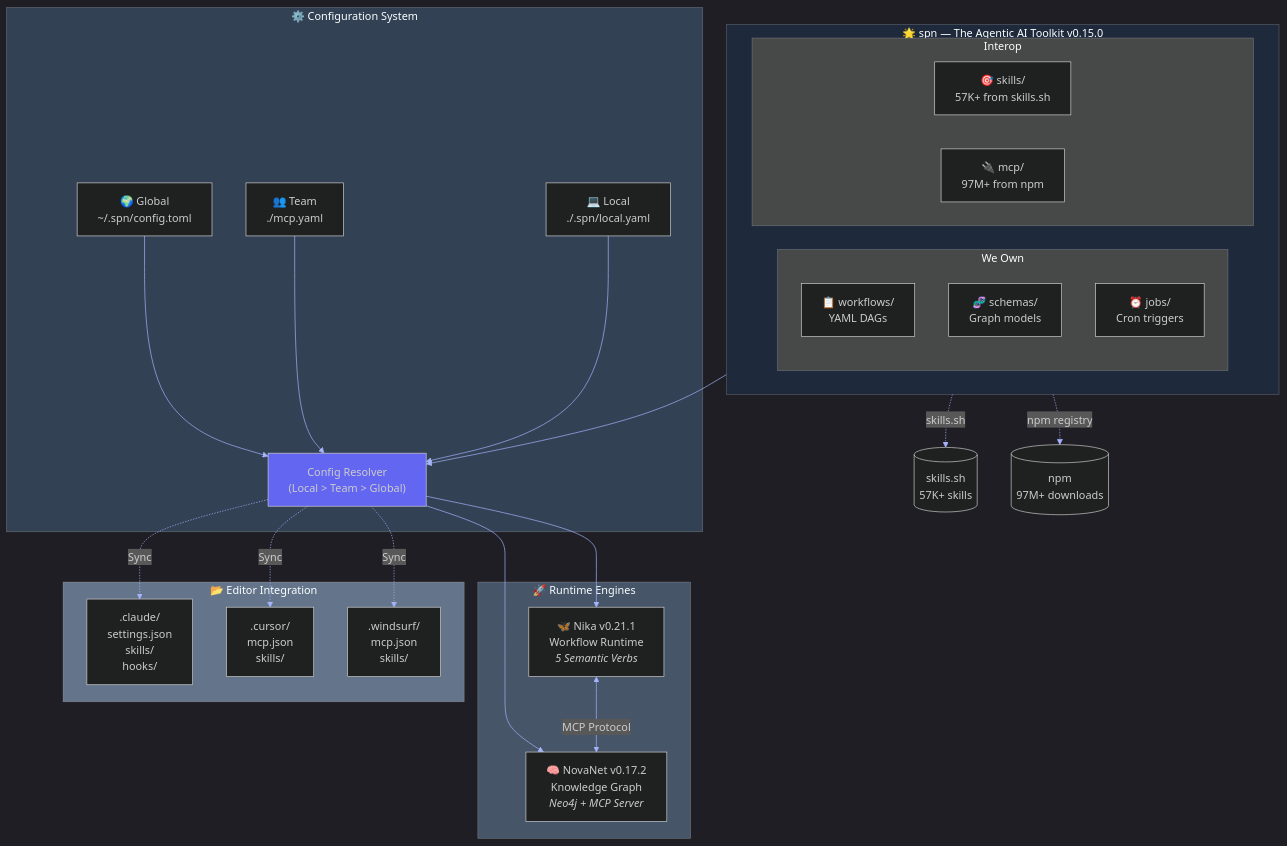
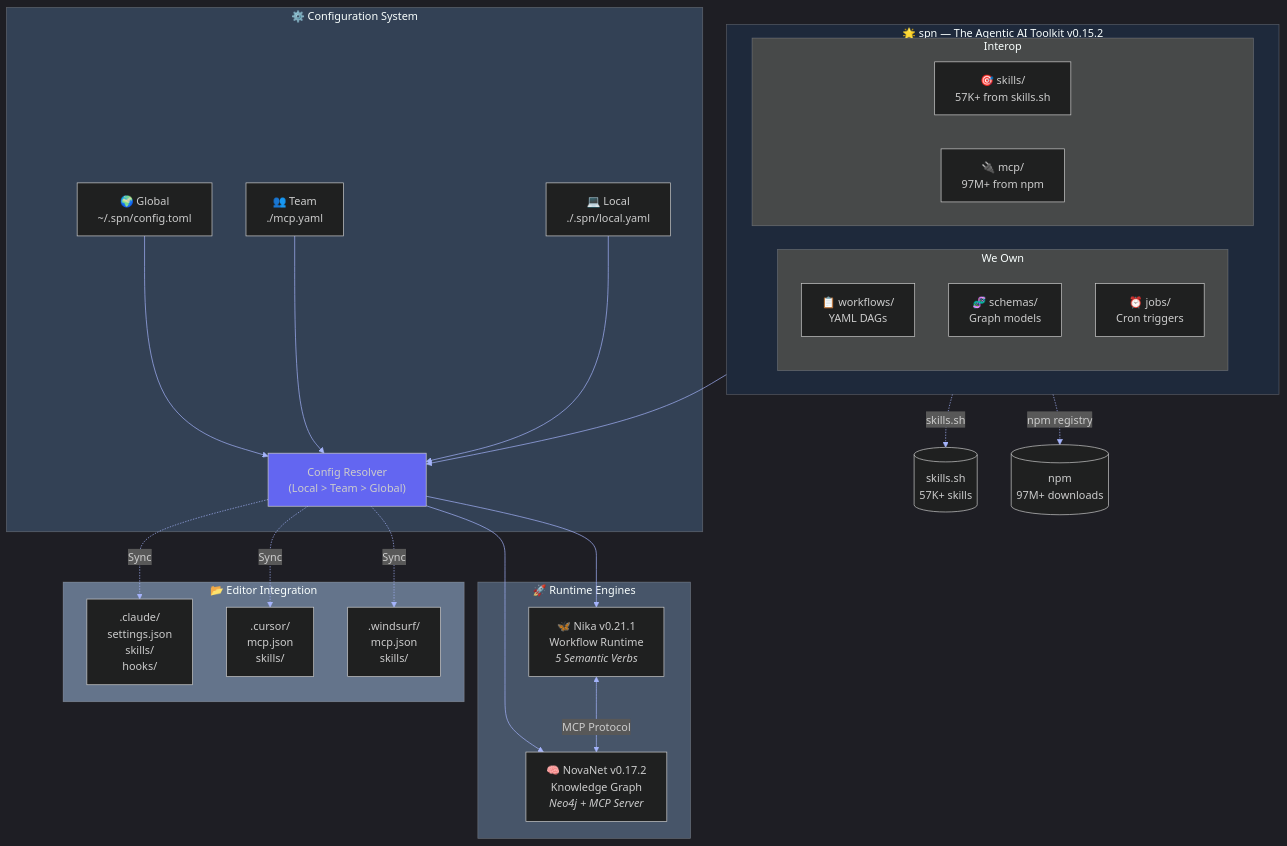
The seventh of 7 diagrams in README.md (supernovae-st/supernovae-cli), drawn with Mermaid before and after one commit. The commit also changed other lines of this file and 1 other file, not shown here.

Commit message:
docs: update version references from 0.15.0 to 0.15.2
Sync documentation version numbers with actual Cargo.toml version:
- CLAUDE.md: title, overview, architecture diagram, crate table
- README.md: doctor output example, mermaid diagram

````diff
--- a/README.md
+++ b/README.md
@@ -2378,56 +2378,56 @@
 ```mermaid
 %%{init: {'theme': 'dark', 'themeVariables': { 'primaryColor': '#6366f1', 'primaryTextColor': '#fff', 'primaryBorderColor': '#818cf8', 'lineColor': '#a5b4fc', 'secondaryColor': '#1e1b4b', 'tertiaryColor': '#312e81'}}}%%
 flowchart TB
-    subgraph SPN["🌟 spn — The Agentic AI Toolkit v0.15.0"]
+    subgraph SPN["🌟 spn — The Agentic AI Toolkit v0.15.2"]
         direction LR
         subgraph OWNED["We Own"]
             W["📋 workflows/<br/>YAML DAGs"]
             S["🧬 schemas/<br/>Graph models"]
             J["⏰ jobs/<br/>Cron triggers"]
         end
         subgraph INTEROP["Interop"]
             SK["🎯 skills/<br/>57K+ from skills.sh"]
             MCP["🔌 mcp/<br/>97M+ from npm"]
         end
     end
 
     subgraph CONFIG["⚙️ Configuration System"]
         GLOBAL["🌍 Global<br/>~/.spn/config.toml"]
         TEAM["👥 Team<br/>./mcp.yaml"]
         LOCAL["💻 Local<br/>./.spn/local.yaml"]
         RESOLVER["Config Resolver<br/>(Local > Team > Global)"]
 
         GLOBAL --> RESOLVER
         TEAM --> RESOLVER
         LOCAL --> RESOLVER
     end
 
     subgraph RUNTIME["🚀 Runtime Engines"]
         NIKA["🦋 Nika v0.21.1<br/>Workflow Runtime<br/><i>5 Semantic Verbs</i>"]
         NOVANET["🧠 NovaNet v0.17.2<br/>Knowledge Graph<br/><i>Neo4j + MCP Server</i>"]
     end
 
     subgraph EDITORS["📂 Editor Integration"]
         CLAUDE[".claude/<br/>settings.json<br/>skills/<br/>hooks/"]
         CURSOR[".cursor/<br/>mcp.json<br/>skills/"]
         WINDSURF[".windsurf/<br/>mcp.json<br/>skills/"]
     end
 
     SPN --> RESOLVER
     RESOLVER --> NIKA
     RESOLVER --> NOVANET
     NIKA <-->|MCP Protocol| NOVANET
 
     RESOLVER -.->|Sync| CLAUDE
     RESOLVER -.->|Sync| CURSOR
     RESOLVER -.->|Sync| WINDSURF
 
     SK -.-> |"skills.sh"| SKILLS[(skills.sh<br/>57K+ skills)]
     MCP -.-> |"npm registry"| NPM[(npm<br/>97M+ downloads)]
 
     style SPN fill:#1e293b
     style CONFIG fill:#334155
     style RUNTIME fill:#475569
     style EDITORS fill:#64748b
     style RESOLVER fill:#6366f1
 ```
````
